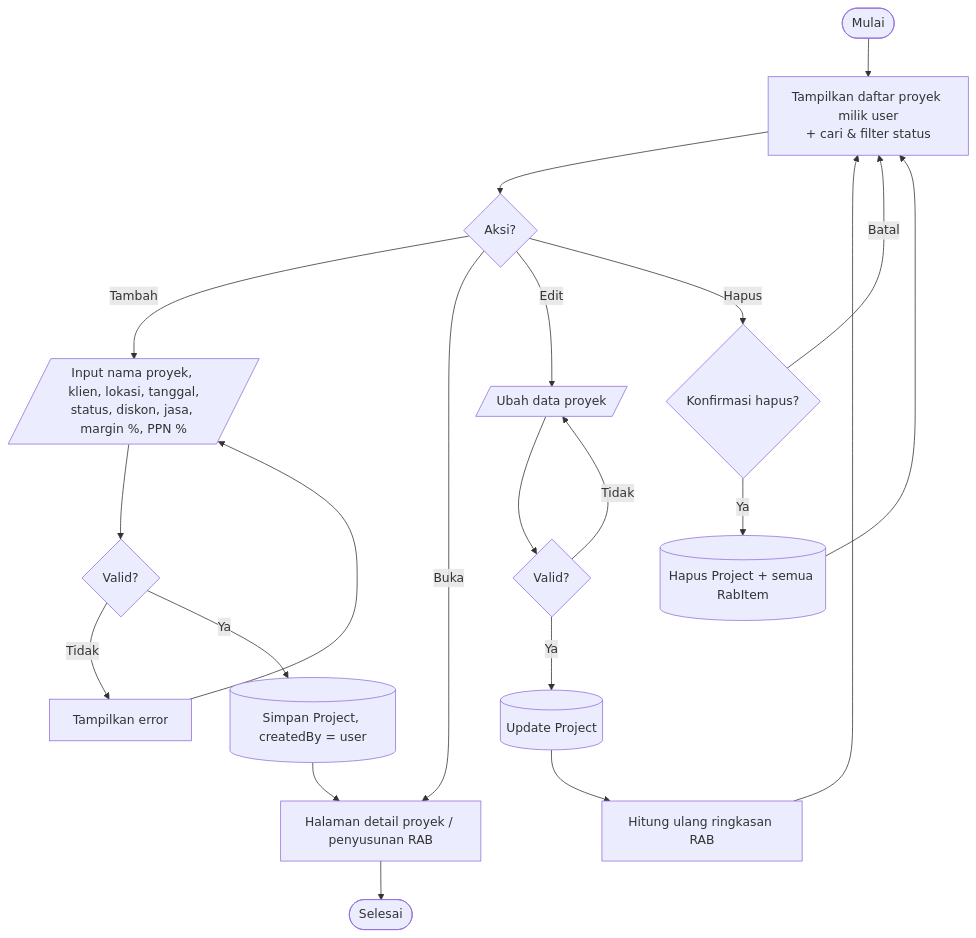
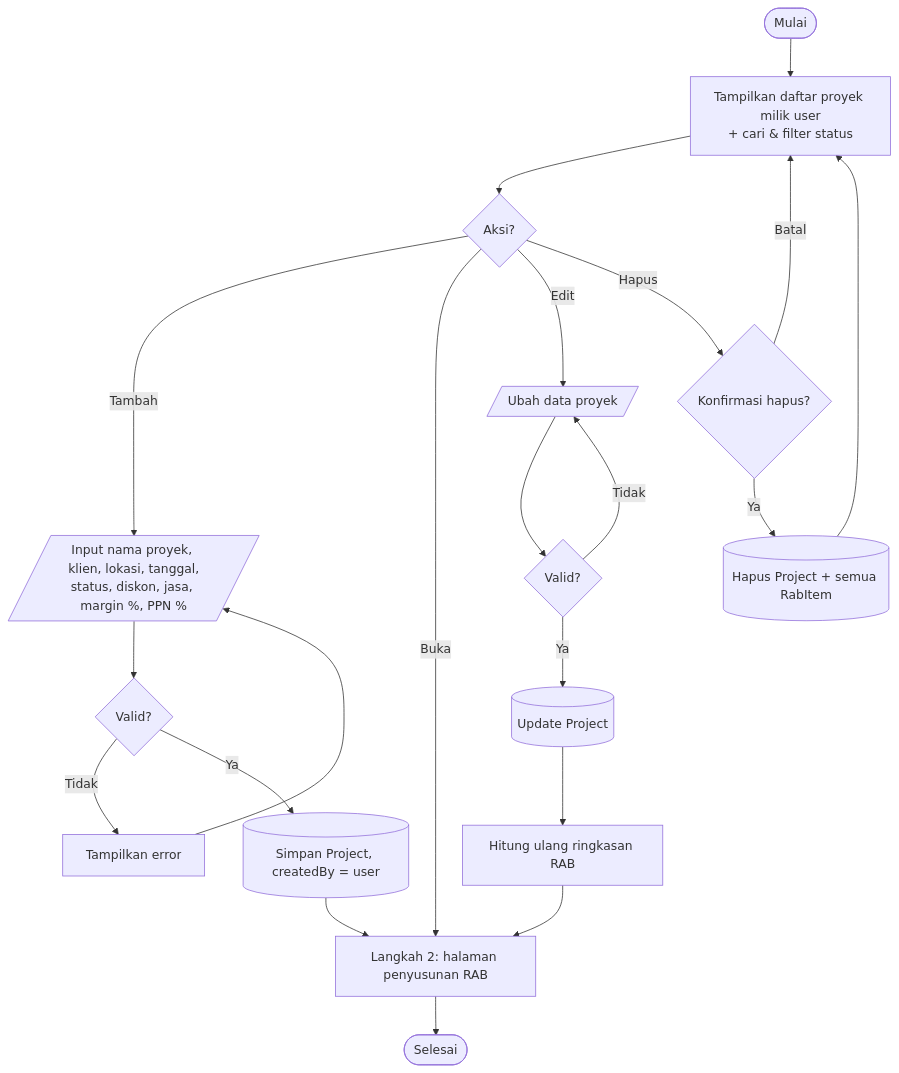
The third of 8 diagrams in docs/FLOWCHART.md (ditt1945/RAB-system), drawn with Mermaid before and after one commit. The commit also changed other lines of this file and 14 other files, not shown here.

````diff
--- a/docs/FLOWCHART.md
+++ b/docs/FLOWCHART.md
@@ -71,24 +74,24 @@
 ```mermaid
 flowchart TD
     S([Mulai]) --> LS[Tampilkan daftar proyek milik user<br/>+ cari & filter status]
     LS --> A{Aksi?}
 
     A -->|Tambah| F[/"Input nama proyek, klien, lokasi, tanggal,<br/>status, diskon, jasa, margin %, PPN %"/]
     F --> V{Valid?}
     V -->|Tidak| E[Tampilkan error] --> F
     V -->|Ya| DB1[(Simpan Project, createdBy = user)]
     DB1 --> DT
 
-    A -->|Buka| DT[Halaman detail proyek / penyusunan RAB]
+    A -->|Buka| DT[Langkah 2: halaman penyusunan RAB]
 
     A -->|Edit| F2[/"Ubah data proyek"/]
     F2 --> V2{Valid?}
     V2 -->|Tidak| F2
-    V2 -->|Ya| DB2[(Update Project)] --> HIT[Hitung ulang ringkasan RAB] --> LS
+    V2 -->|Ya| DB2[(Update Project)] --> HIT[Hitung ulang ringkasan RAB] --> DT
 
     A -->|Hapus| K{Konfirmasi hapus?}
     K -->|Batal| LS
     K -->|Ya| DB3[(Hapus Project + semua RabItem)] --> LS
 
     DT --> X([Selesai])
 ```
````
